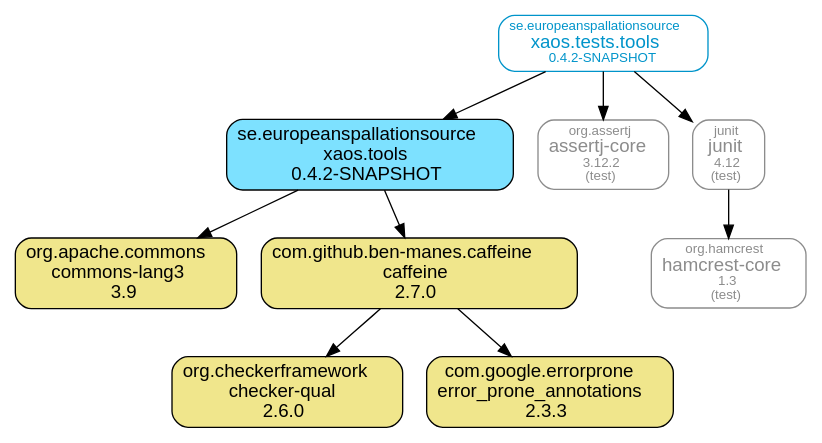
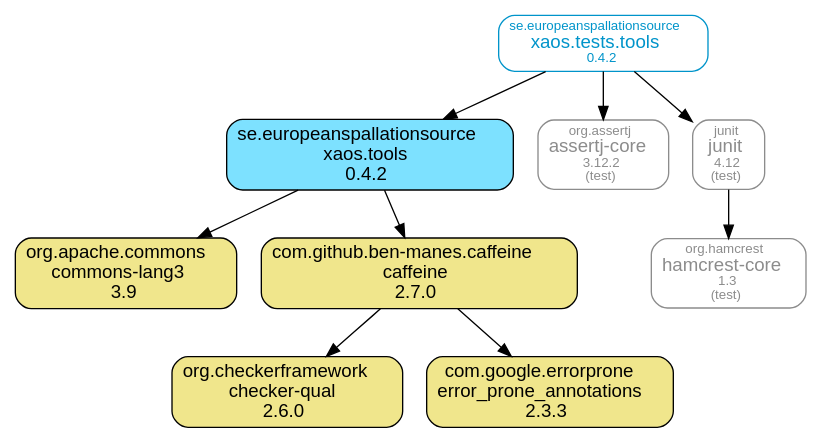
Before and after one commit to ESSICS/XAOS: the diagram in xaos.tests.tools.module/doc/maven-dependencies.dot, drawn with Graphviz. The commit also changed 37 other files, not shown here.

```diff
--- a/xaos.tests.tools.module/doc/maven-dependencies.dot
+++ b/xaos.tests.tools.module/doc/maven-dependencies.dot
@@ -1,25 +1,25 @@
 digraph "xaos.tests.tools" {
   node [shape="box",style="rounded",fontname="Helvetica",fontsize="14"]
   edge [fontsize="10",fontname="Helvetica"]
 
   // Node Definitions:
-  "se.europeanspallationsource:xaos.tools:jar"[shape="box",style="rounded, filled",fillcolor="#7DE1FF",label=<se.europeanspallationsource<br/>xaos.tools<br/>0.4.2-SNAPSHOT>]
+  "se.europeanspallationsource:xaos.tools:jar"[shape="box",style="rounded, filled",fillcolor="#7DE1FF",label=<se.europeanspallationsource<br/>xaos.tools<br/>0.4.2>]
   "org.apache.commons:commons-lang3:jar"[shape="box",style="rounded, filled",fillcolor="khaki",label=<org.apache.commons<br/>commons-lang3<br/>3.9>]
   "com.github.ben-manes.caffeine:caffeine:jar"[shape="box",style="rounded, filled",fillcolor="khaki",label=<com.github.ben-manes.caffeine<br/>caffeine<br/>2.7.0>]
   "org.checkerframework:checker-qual:jar"[shape="box",style="rounded, filled",fillcolor="khaki",label=<org.checkerframework<br/>checker-qual<br/>2.6.0>]
   "com.google.errorprone:error_prone_annotations:jar"[shape="box",style="rounded, filled",fillcolor="khaki",label=<com.google.errorprone<br/>error_prone_annotations<br/>2.3.3>]
-  "se.europeanspallationsource:xaos.tests.tools:jar"[shape="box",style="rounded",color="#0094CA",fontname="Helvetica",fontsize="14",fontcolor="#0094CA",label=<<font color="#0094CA" point-size="10">se.europeanspallationsource</font><br/>xaos.tests.tools<font color="#0094CA" point-size="10"><br/>0.4.2-SNAPSHOT</font>>]
+  "se.europeanspallationsource:xaos.tests.tools:jar"[shape="box",style="rounded",color="#0094CA",fontname="Helvetica",fontsize="14",fontcolor="#0094CA",label=<<font color="#0094CA" point-size="10">se.europeanspallationsource</font><br/>xaos.tests.tools<font color="#0094CA" point-size="10"><br/>0.4.2</font>>]
   "org.assertj:assertj-core:jar"[shape="box",style="rounded",color="grey55",fontname="Helvetica",fontsize="14",fontcolor="grey55",label=<<font color="grey55" point-size="10">org.assertj</font><br/>assertj-core<font color="grey55" point-size="10"><br/>3.12.2</font><font color="grey55" point-size="10"><br/>(test)</font>>]
   "junit:junit:jar"[shape="box",style="rounded",color="grey55",fontname="Helvetica",fontsize="14",fontcolor="grey55",label=<<font color="grey55" point-size="10">junit</font><br/>junit<font color="grey55" point-size="10"><br/>4.12</font><font color="grey55" point-size="10"><br/>(test)</font>>]
   "org.hamcrest:hamcrest-core:jar"[shape="box",style="rounded",color="grey55",fontname="Helvetica",fontsize="14",fontcolor="grey55",label=<<font color="grey55" point-size="10">org.hamcrest</font><br/>hamcrest-core<font color="grey55" point-size="10"><br/>1.3</font><font color="grey55" point-size="10"><br/>(test)</font>>]
 
   // Edge Definitions:
   "se.europeanspallationsource:xaos.tools:jar" -> "org.apache.commons:commons-lang3:jar"
   "com.github.ben-manes.caffeine:caffeine:jar" -> "org.checkerframework:checker-qual:jar"
   "com.github.ben-manes.caffeine:caffeine:jar" -> "com.google.errorprone:error_prone_annotations:jar"
   "se.europeanspallationsource:xaos.tools:jar" -> "com.github.ben-manes.caffeine:caffeine:jar"
   "se.europeanspallationsource:xaos.tests.tools:jar" -> "se.europeanspallationsource:xaos.tools:jar"
   "se.europeanspallationsource:xaos.tests.tools:jar" -> "org.assertj:assertj-core:jar"
   "junit:junit:jar" -> "org.hamcrest:hamcrest-core:jar"
   "se.europeanspallationsource:xaos.tests.tools:jar" -> "junit:junit:jar"
 }
```
